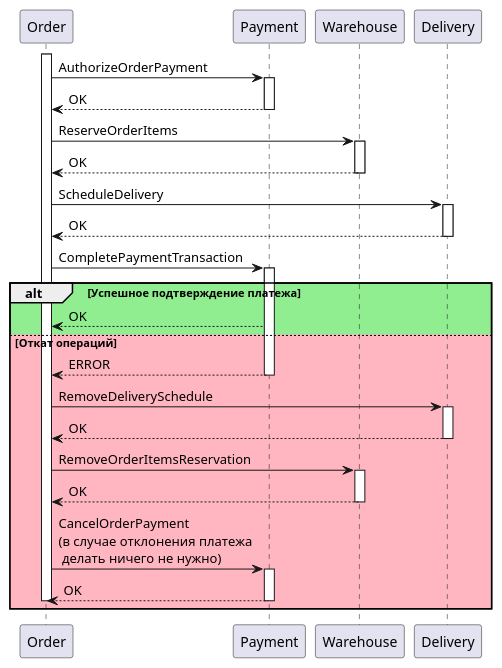
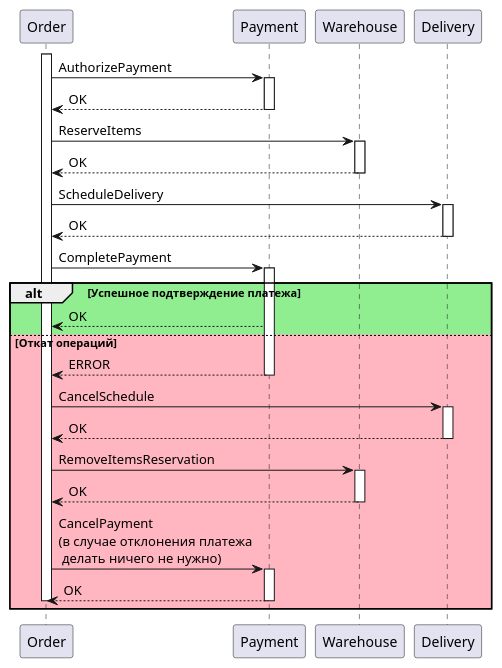
Before and after one commit to klwxsrx/arch-course-project: the diagram in docs/purchase_process.puml, drawn with PlantUML. The commit also changed 40 other files, not shown here.

```diff
--- a/docs/purchase_process.puml
+++ b/docs/purchase_process.puml
@@ -1,56 +1,56 @@
 @startuml
 
 activate Order
 
-Order -> Payment: AuthorizeOrderPayment
+Order -> Payment: AuthorizePayment
 activate Payment
 
 Order <-- Payment: OK
 deactivate Payment
 
-Order -> Warehouse: ReserveOrderItems
+Order -> Warehouse: ReserveItems
 activate Warehouse
 
 Order <-- Warehouse: OK
 deactivate Warehouse
 
 Order -> Delivery: ScheduleDelivery
 activate Delivery
 
 Order <-- Delivery: OK
 deactivate Delivery
 
-Order -> Payment: CompletePaymentTransaction
+Order -> Payment: CompletePayment
 activate Payment
 
 alt #lightgreen Успешное подтверждение платежа
 
 Order <-- Payment: OK
 
 else #lightpink Откат операций
 
 Order <-- Payment: ERROR
 deactivate Payment
 
-Order -> Delivery: RemoveDeliverySchedule
+Order -> Delivery: CancelSchedule
 activate Delivery
 
 Order <-- Delivery: OK
 deactivate Delivery
 
-Order -> Warehouse: RemoveOrderItemsReservation
+Order -> Warehouse: RemoveItemsReservation
 activate Warehouse
 
 Order <-- Warehouse: OK
 deactivate Warehouse
 
-Order -> Payment: CancelOrderPayment\n(в случае отклонения платежа\n делать ничего не нужно)
+Order -> Payment: CancelPayment\n(в случае отклонения платежа\n делать ничего не нужно)
 activate Payment
 
 Order <-- Payment: OK
 deactivate Payment
 deactivate Order
 
 end
 
 @enduml
```
